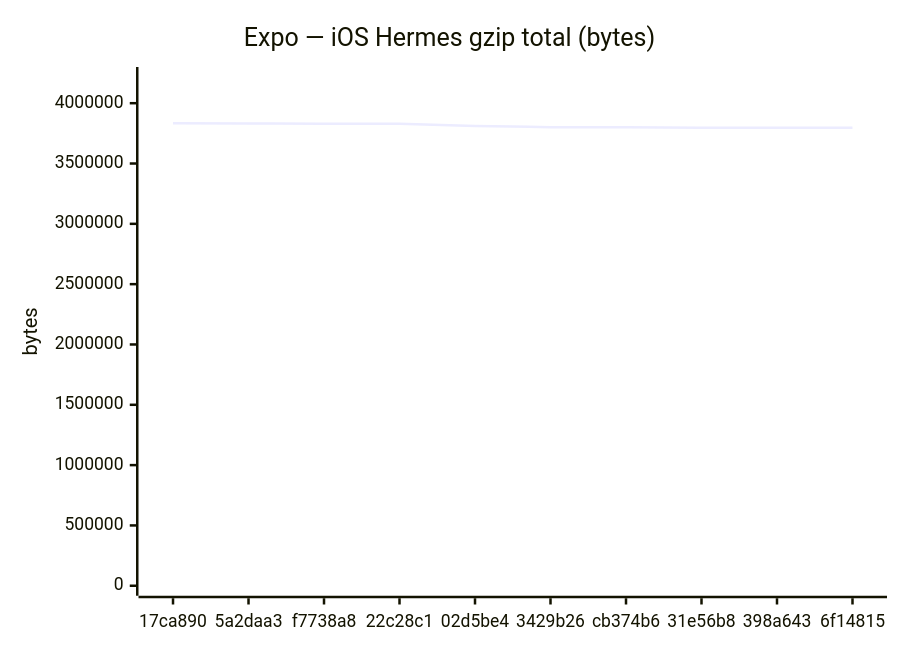
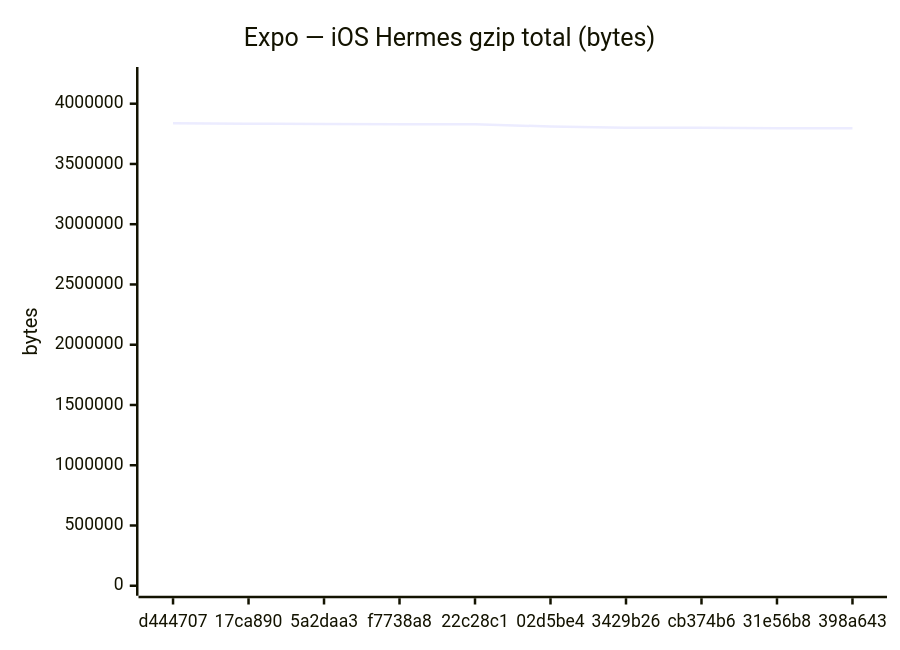
One commit to Metaheurist/Rianell changed the sixth of 18 diagrams in benchmarks/compare.md. Above: the diagram before and after it, drawn with Mermaid. The commit also changed other lines of this file and 11 other files, not shown here.

````diff
--- a/benchmarks/compare.md
+++ b/benchmarks/compare.md
@@ -96,7 +96,7 @@
 ```mermaid
 xychart-beta
     title "Expo — iOS Hermes gzip total (bytes)"
-    x-axis ["17ca890", "5a2daa3", "f7738a8", "22c28c1", "02d5be4", "3429b26", "cb374b6", "31e56b8", "398a643", "6f14815"]
-    y-axis "bytes" 0 --> 4217149
-    line [3833771, 3832292, 3830296, 3828818, 3810818, 3801309, 3801305, 3796002, 3796002, 3796005]
+    x-axis ["d444707", "17ca890", "5a2daa3", "f7738a8", "22c28c1", "02d5be4", "3429b26", "cb374b6", "31e56b8", "398a643"]
+    y-axis "bytes" 0 --> 4221541
+    line [3837764, 3833771, 3832292, 3830296, 3828818, 3810818, 3801309, 3801305, 3796002, 3796002]
 ```
````
